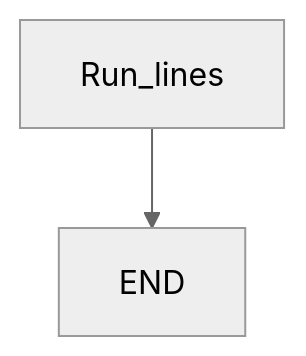
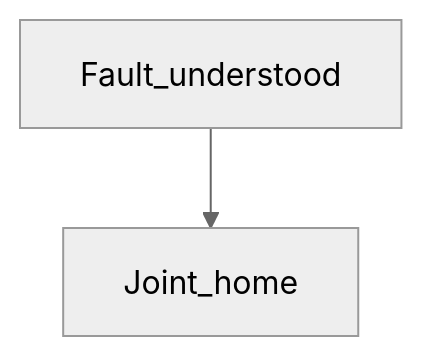
The second of 2 diagrams in practice/fanuc/009-fault-home/doc/guide.md (girijashankarj/garry-tj-robo-journey), drawn with Mermaid (neutral theme) before and after one commit. The commit also changed other lines of this file and 107 other files, not shown here.

````diff
--- a/practice/fanuc/009-fault-home/doc/guide.md
+++ b/practice/fanuc/009-fault-home/doc/guide.md
@@ -33,6 +23,6 @@
 ```mermaid
 flowchart TD
-  go[Run_lines]
-  endn[END]
-  go --> endn
+  cause[Fault_understood]
+  home[Joint_home]
+  cause --> home
 ```
````
